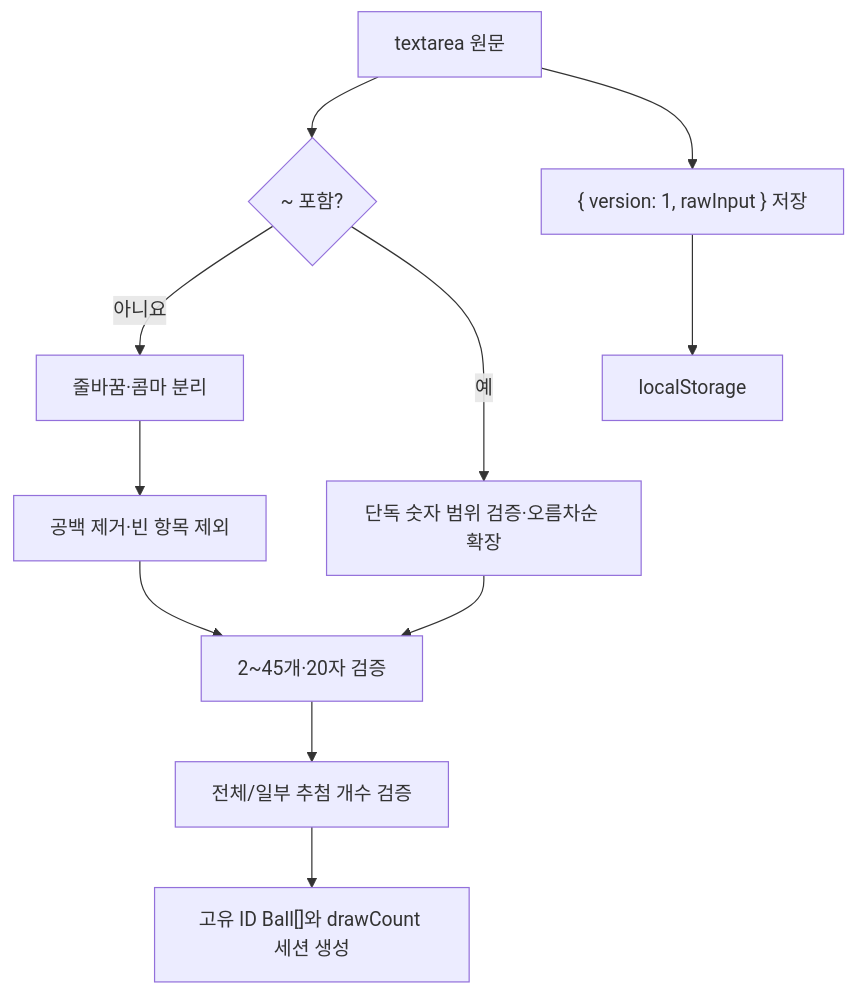
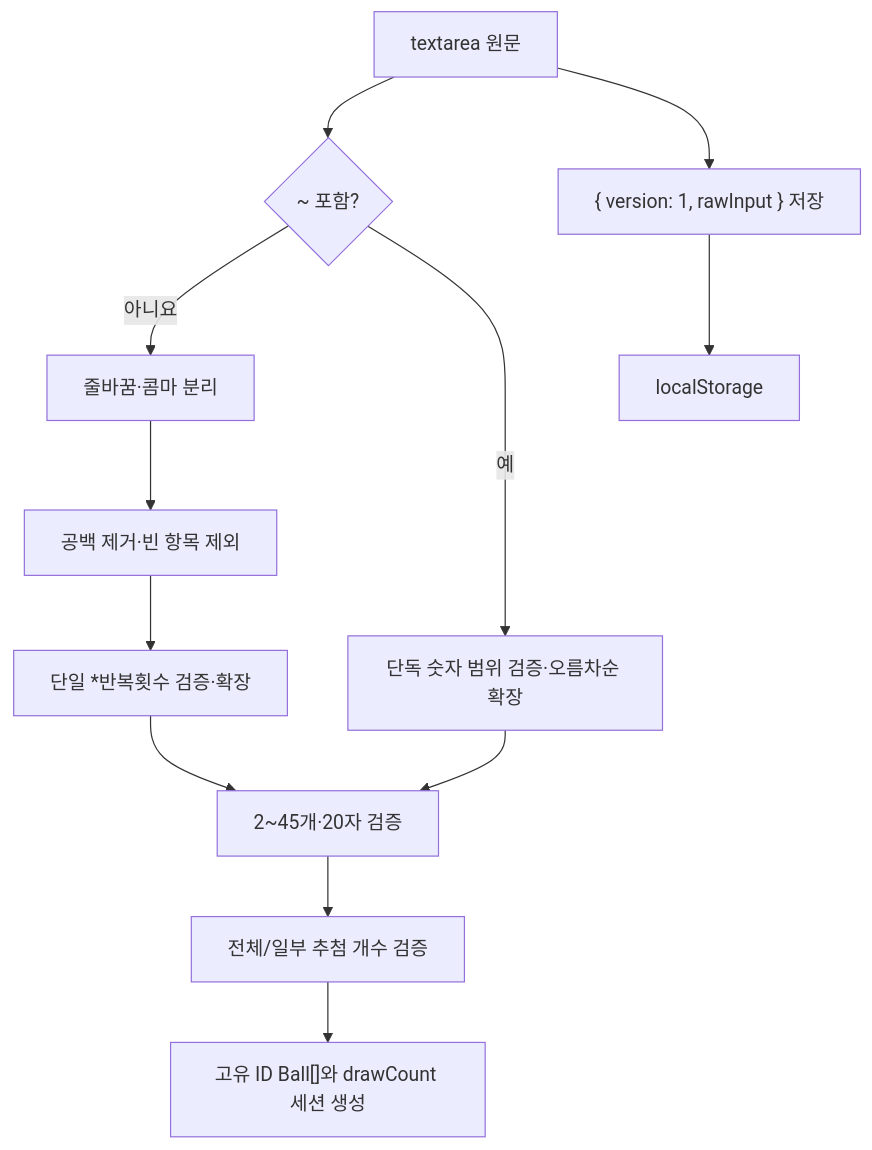
The third of 3 diagrams in docs/architecture.md (tinywolf/roulette), drawn with Mermaid before and after one commit. The commit also changed other lines of this file and 10 other files, not shown here.

````diff
--- a/docs/architecture.md
+++ b/docs/architecture.md
@@ -144,13 +144,14 @@
 ```mermaid
 flowchart TD
     Raw["textarea 원문"] --> Syntax{"~ 포함?"}
     Syntax -->|아니요| Parse["줄바꿈·콤마 분리"]
     Parse --> Trim["공백 제거·빈 항목 제외"]
+    Trim --> Repeat["단일 *반복횟수 검증·확장"]
     Syntax -->|예| Range["단독 숫자 범위 검증·오름차순 확장"]
-    Trim --> Validate["2~45개·20자 검증"]
+    Repeat --> Validate["2~45개·20자 검증"]
     Range --> Validate
     Raw --> Persist["{ version: 1, rawInput } 저장"]
     Persist --> Local["localStorage"]
     Validate --> Count["전체/일부 추첨 개수 검증"]
     Count --> Balls["고유 ID Ball[]와 drawCount 세션 생성"]
 ```
````
